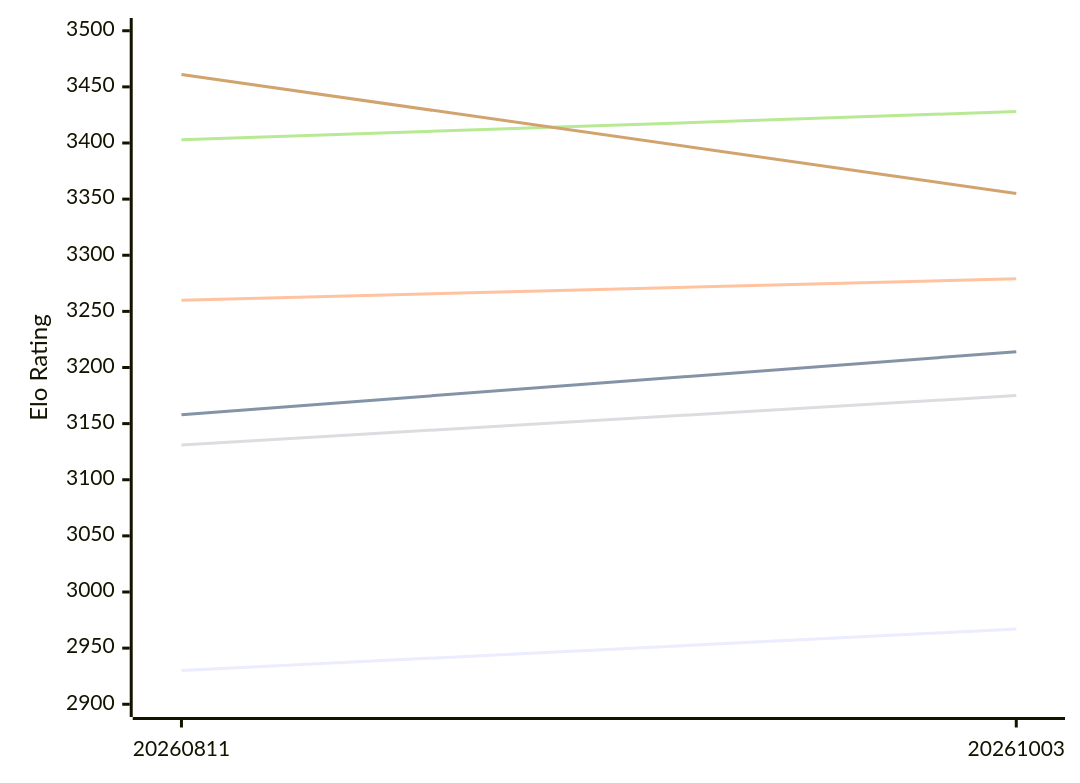
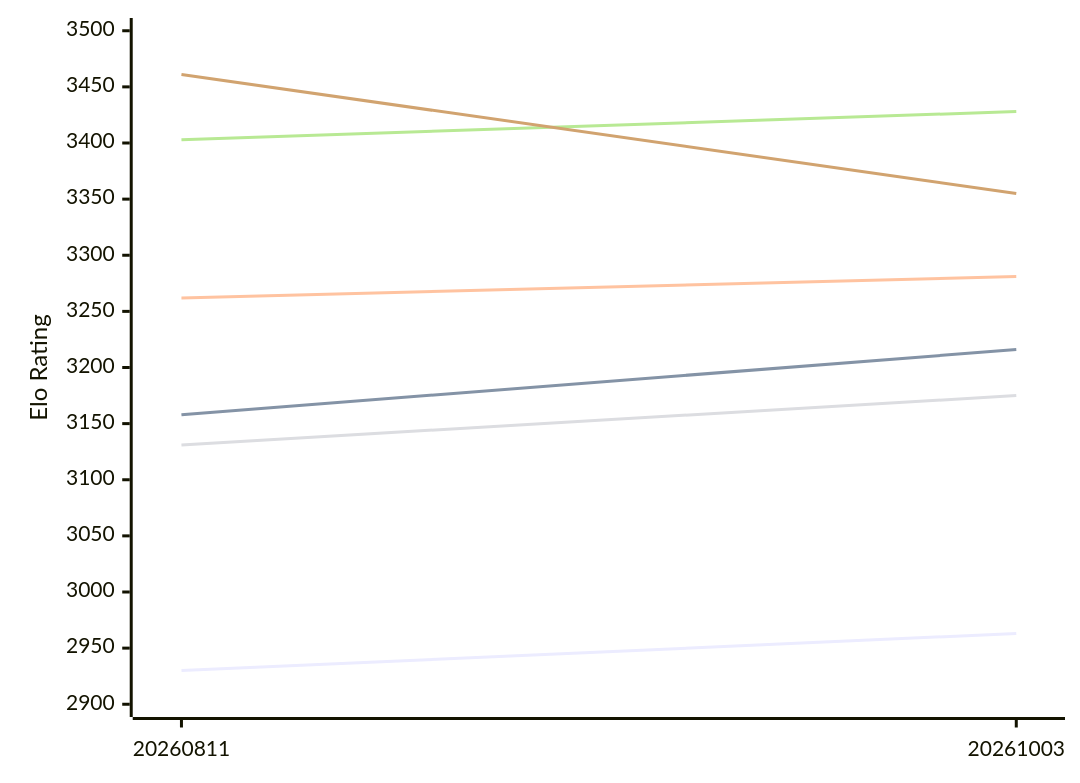
The first of 2 diagrams in engines/Askaig.md (computer-chess-index/cci), drawn with Mermaid before and after one commit. The commit also changed other lines of this file, not shown here.

Commit message:
Update CCI Ratings (ELO VLTC) - 2026-10-13

````diff
--- a/engines/Askaig.md
+++ b/engines/Askaig.md
@@ -52,12 +52,12 @@
 ```mermaid
 %%{init: {"theme":"base","themeVariables":{"seriesColors:['#a3a3a3','#222221','#faa371']}}}%%
 xychart-beta
   x-axis ["20260811", "20261003"]
   y-axis "Elo Rating" 2900 --> 3500
-  line "E1: STC (8.0+0.08s)" [2930, 2967]
-  line "E1: LTC (60.0+0.60s)" [3158, 3214]
-  line "E1: VLTC (2m24s+1.12s)" [3260, 3279]
+  line "E1: STC (8.0+0.08s)" [2930, 2963]
+  line "E1: LTC (60.0+0.60s)" [3158, 3216]
+  line "E1: VLTC (2m24s+1.12s)" [3262, 3281]
   line "P1: STC (8.0+0.08s)" [3131, 3175]
   line "P1: LTC (60.0+0.60s)" [3403, 3428]
   line "P1: VLTC (2m24s+1.12s)" [3461, 3355]
 ```
````
